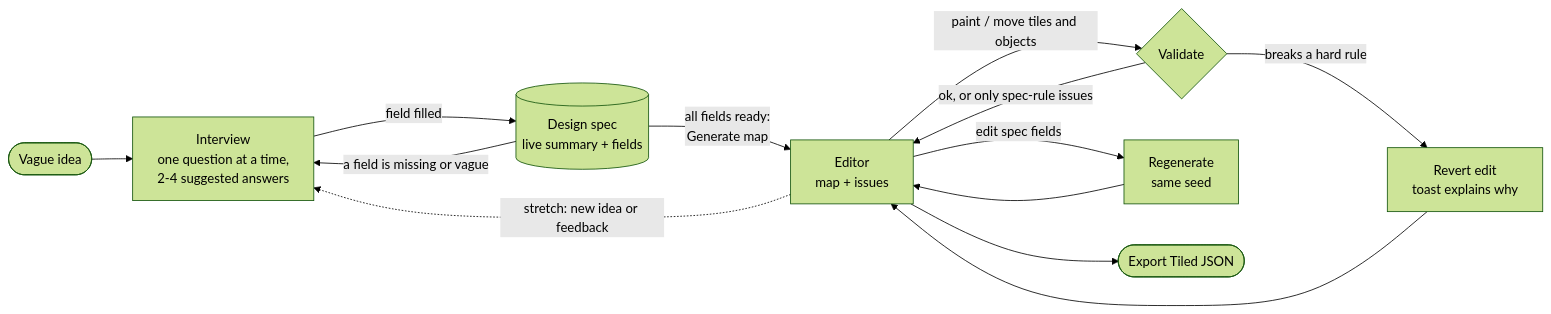
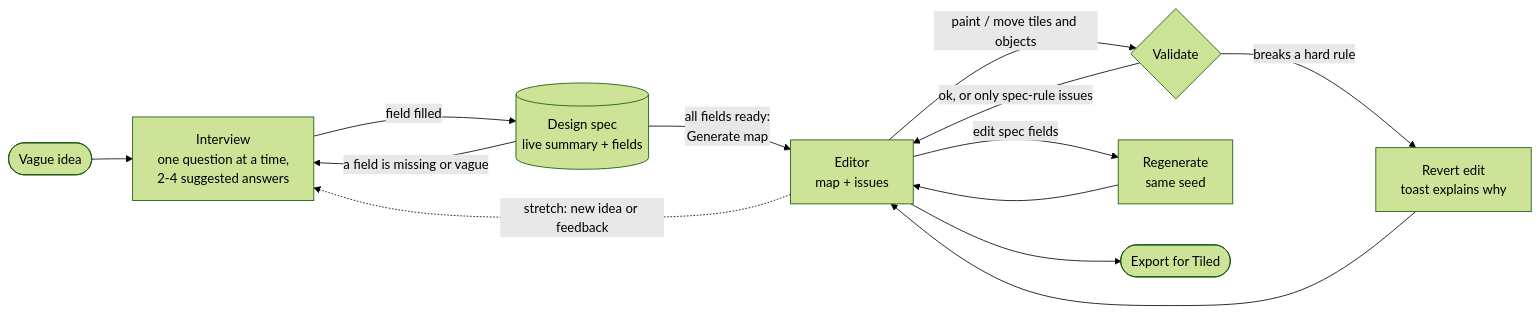
Before and after one commit to linfanqian/TileMuse: the diagram in docs/ui.md, drawn with Mermaid (forest theme). The commit also changed other lines of this file and 10 other files, not shown here.

First line of the commit message:
Feat: export maps with the kit's tiles as a zip for Tiled (#36) (#45)

````diff
--- a/docs/ui.md
+++ b/docs/ui.md
@@ -7,13 +7,13 @@
 ```mermaid
 flowchart LR
     idea([Vague idea]) --> interview[Interview<br/>one question at a time,<br/>2-4 suggested answers]
     interview -->|field filled| spec[(Design spec<br/>live summary + fields)]
     spec -->|a field is missing or vague| interview
     spec -->|all fields ready:<br/>Generate map| editor[Editor<br/>map + issues]
     editor -->|paint / move tiles and objects| check{Validate}
     check -->|breaks a hard rule| revert[Revert edit<br/>toast explains why] --> editor
     check -->|ok, or only spec-rule issues| editor
     editor -->|edit spec fields| regen[Regenerate<br/>same seed] --> editor
-    editor --> export([Export Tiled JSON])
+    editor --> export([Export for Tiled])
     editor -.->|stretch: new idea or feedback| interview
 ```
````
